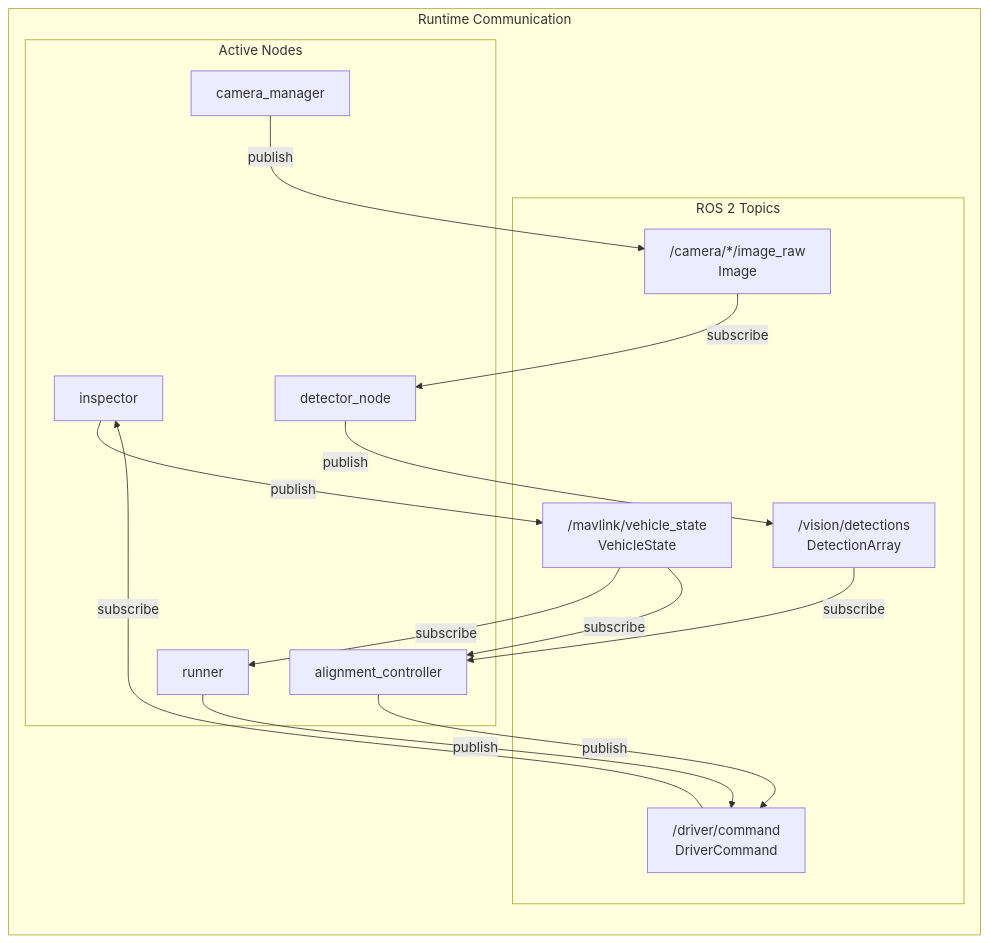
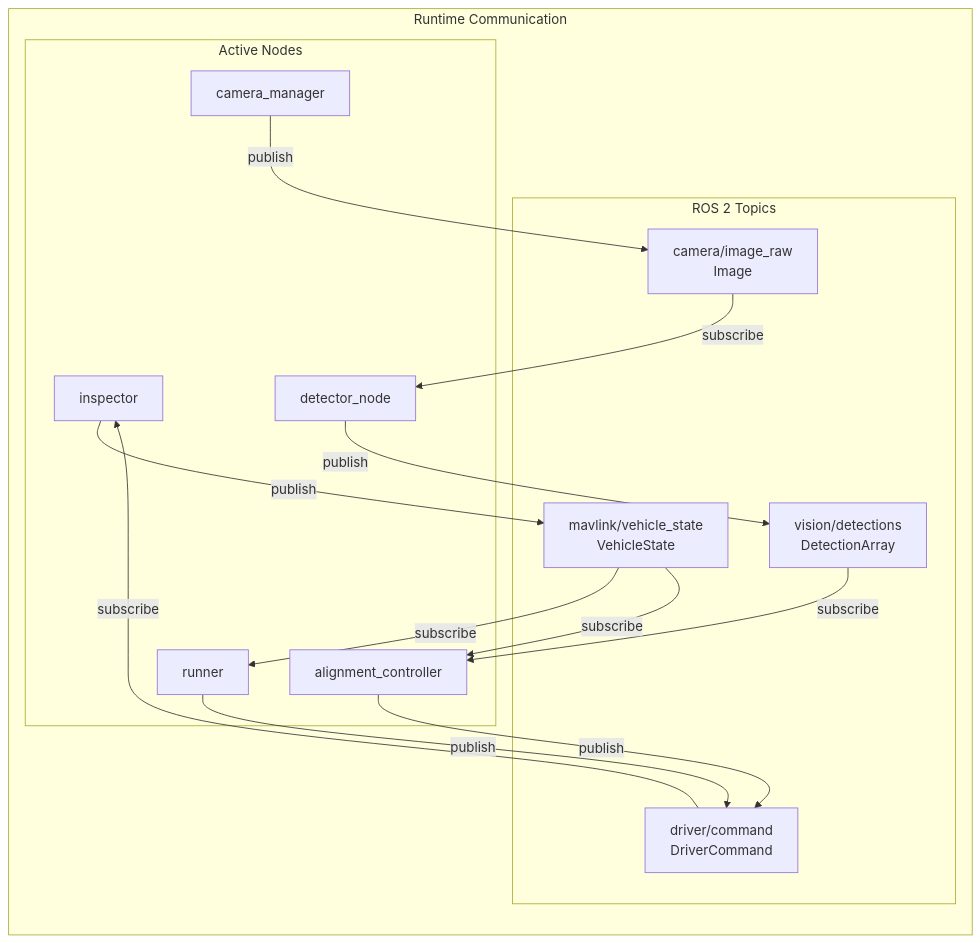
Before and after one commit to fh1m/duburi-codebase: the fourth of 21 diagrams in README.md, drawn with Mermaid. The commit also changed other lines of this file and 1 other file, not shown here.

First line of the commit message:
fix: Mermaid diagram syntax for GitHub rendering

````diff
--- a/README.md
+++ b/README.md
@@ -210,33 +213,33 @@
 ```mermaid
 flowchart LR
     subgraph Runtime["Runtime Communication"]
         direction TB
         
         subgraph Topics["ROS 2 Topics"]
-            CMD["/driver/command<br/>DriverCommand"]
-            STATE["/mavlink/vehicle_state<br/>VehicleState"]
-            DET["/vision/detections<br/>DetectionArray"]
-            IMG["/camera/*/image_raw<br/>Image"]
+            CMD["driver/command<br/>DriverCommand"]
+            STATE["mavlink/vehicle_state<br/>VehicleState"]
+            DET["vision/detections<br/>DetectionArray"]
+            IMG["camera/image_raw<br/>Image"]
         end
         
         subgraph Nodes["Active Nodes"]
             INS_N[inspector]
             RUN_N[runner]
             DET_N[detector_node]
             CAM_N[camera_manager]
             ALIGN_N[alignment_controller]
         end
     end
     
     RUN_N -->|publish| CMD
     CMD -->|subscribe| INS_N
     INS_N -->|publish| STATE
     STATE -->|subscribe| RUN_N
     STATE -->|subscribe| ALIGN_N
     
     CAM_N -->|publish| IMG
     IMG -->|subscribe| DET_N
     DET_N -->|publish| DET
     DET -->|subscribe| ALIGN_N
     ALIGN_N -->|publish| CMD
 ```
````
